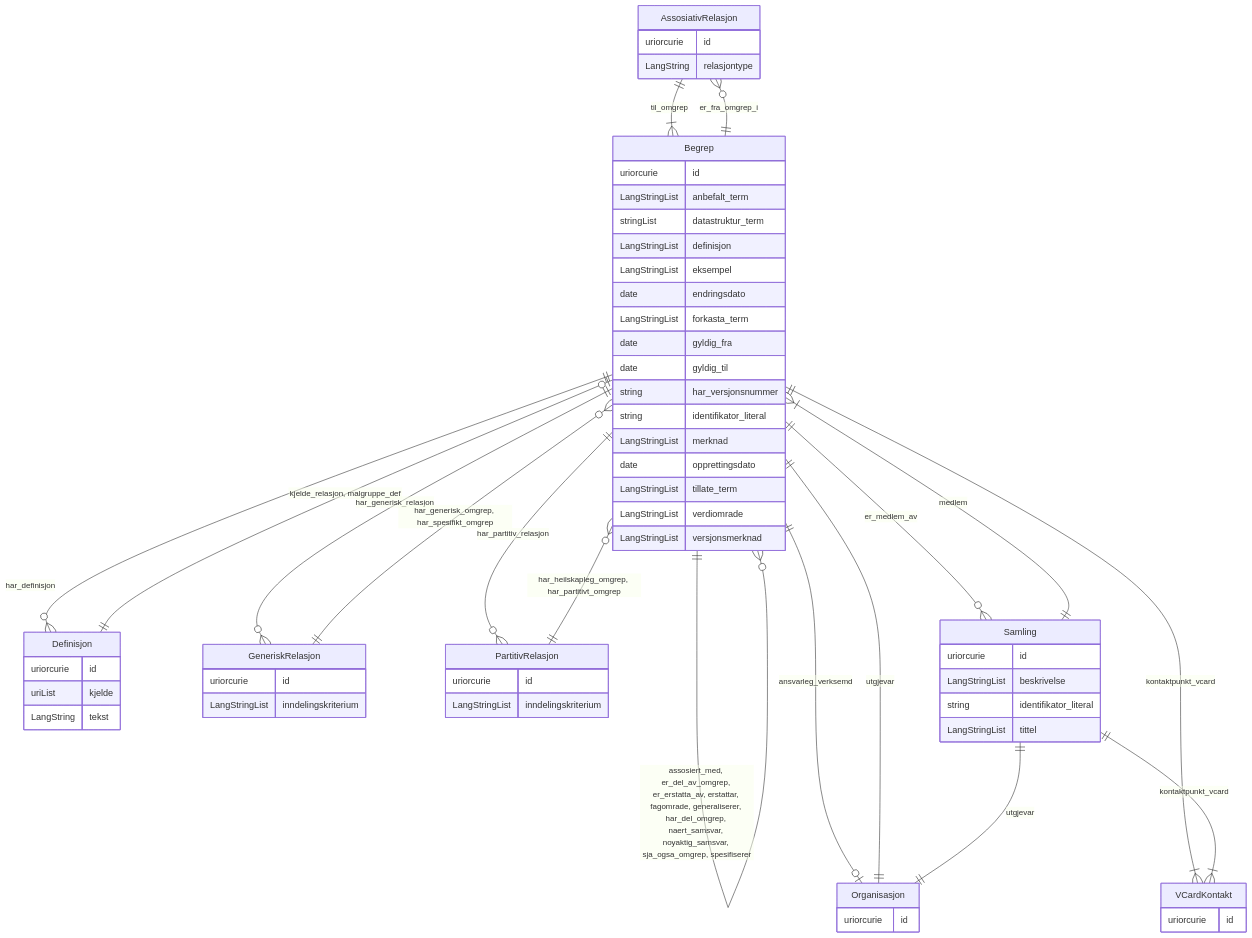
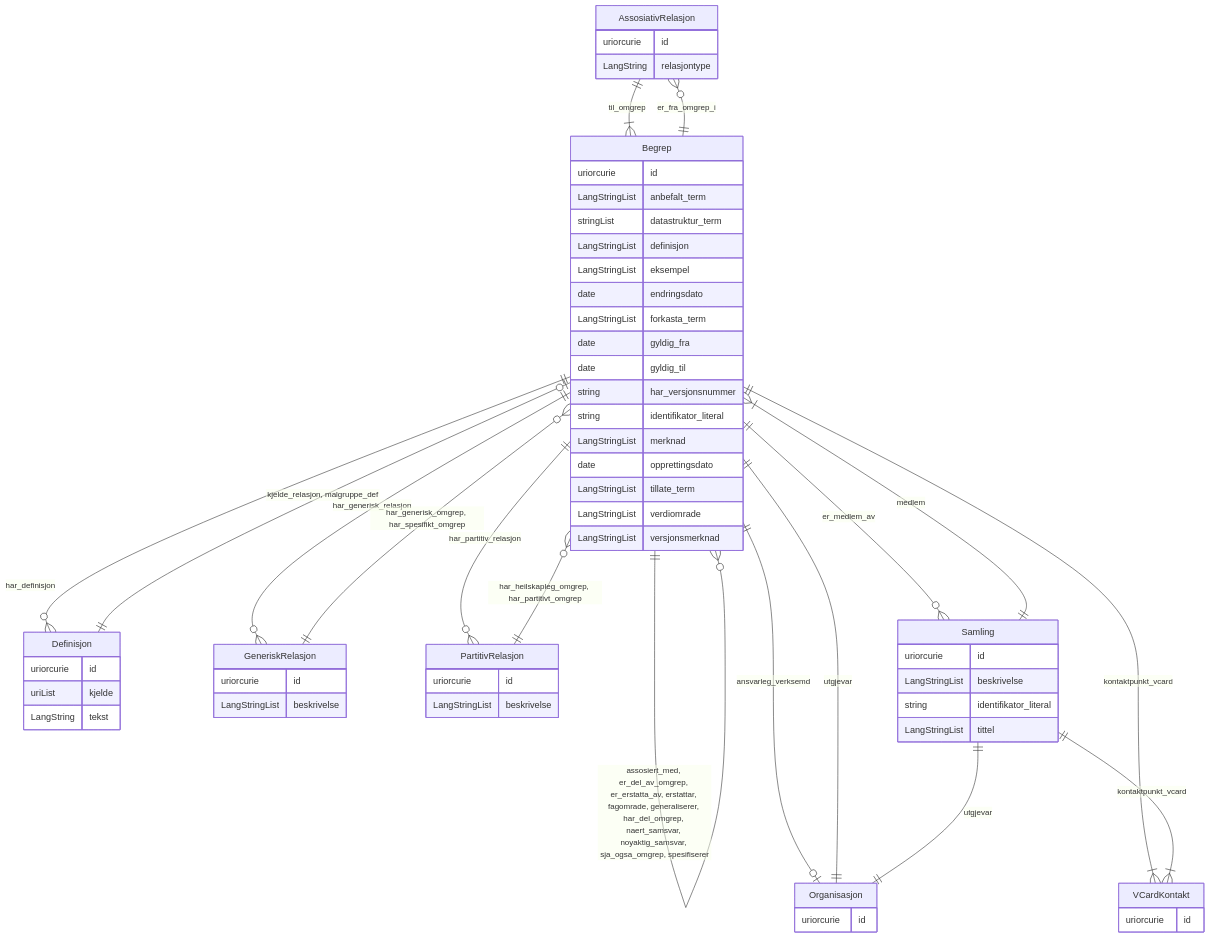
One commit to brreg/linkml-datamodellering-no changed the diagram in mkdocs/docs/begrepskatalog/brreg-begrepskatalog/brreg-begrepskatalog-erdiagram-unfiltered.md. Above: the diagram before and after it, drawn with Mermaid. The commit also changed 758 other files, not shown here.

````diff
--- a/mkdocs/docs/begrepskatalog/brreg-begrepskatalog/brreg-begrepskatalog-erdiagram-unfiltered.md
+++ b/mkdocs/docs/begrepskatalog/brreg-begrepskatalog/brreg-begrepskatalog-erdiagram-unfiltered.md
@@ -1,69 +1,69 @@
 ```mermaid
 erDiagram
 AssosiativRelasjon {
     uriorcurie id  
     LangString relasjontype  
 }
 Begrep {
     uriorcurie id  
     LangStringList anbefalt_term  
     stringList datastruktur_term  
     LangStringList definisjon  
     LangStringList eksempel  
     date endringsdato  
     LangStringList forkasta_term  
     date gyldig_fra  
     date gyldig_til  
     string har_versjonsnummer  
     string identifikator_literal  
     LangStringList merknad  
     date opprettingsdato  
     LangStringList tillate_term  
     LangStringList verdiomrade  
     LangStringList versjonsmerknad  
 }
 Definisjon {
     uriorcurie id  
     uriList kjelde  
     LangString tekst  
 }
 GeneriskRelasjon {
     uriorcurie id  
-    LangStringList inndelingskriterium  
+    LangStringList beskrivelse  
 }
 Organisasjon {
     uriorcurie id  
 }
 PartitivRelasjon {
     uriorcurie id  
-    LangStringList inndelingskriterium  
+    LangStringList beskrivelse  
 }
 Samling {
     uriorcurie id  
     LangStringList beskrivelse  
     string identifikator_literal  
     LangStringList tittel  
 }
 VCardKontakt {
     uriorcurie id  
 }
 
 AssosiativRelasjon ||--}| Begrep : "til_omgrep"
 Begrep ||--|o Begrep : "euvoc_status"
 Begrep ||--|o Organisasjon : "ansvarleg_verksemd"
 Begrep ||--|| Organisasjon : "utgjevar"
 Begrep ||--}o AssosiativRelasjon : "er_fra_omgrep_i"
 Begrep ||--}o Begrep : "assosiert_med, er_del_av_omgrep, er_erstatta_av, erstattar, fagomrade, generaliserer, har_del_omgrep, naert_samsvar, noyaktig_samsvar, sja_ogsa_omgrep, spesifiserer"
 Begrep ||--}o Definisjon : "har_definisjon"
 Begrep ||--}o GeneriskRelasjon : "har_generisk_relasjon"
 Begrep ||--}o PartitivRelasjon : "har_partitiv_relasjon"
 Begrep ||--}o Samling : "er_medlem_av"
 Begrep ||--}| VCardKontakt : "kontaktpunkt_vcard"
 Definisjon ||--|o Begrep : "kjelde_relasjon, malgruppe_def"
 GeneriskRelasjon ||--}o Begrep : "har_generisk_omgrep, har_spesifikt_omgrep"
 PartitivRelasjon ||--}o Begrep : "har_heilskapleg_omgrep, har_partitivt_omgrep"
 Samling ||--|| Organisasjon : "utgjevar"
 Samling ||--}| Begrep : "medlem"
 Samling ||--}| VCardKontakt : "kontaktpunkt_vcard"
 
 ```
````
